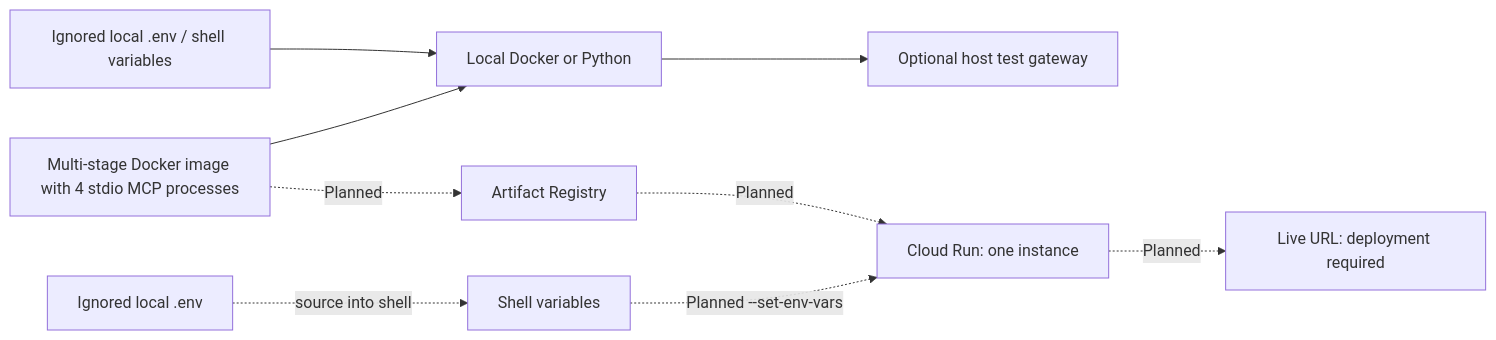
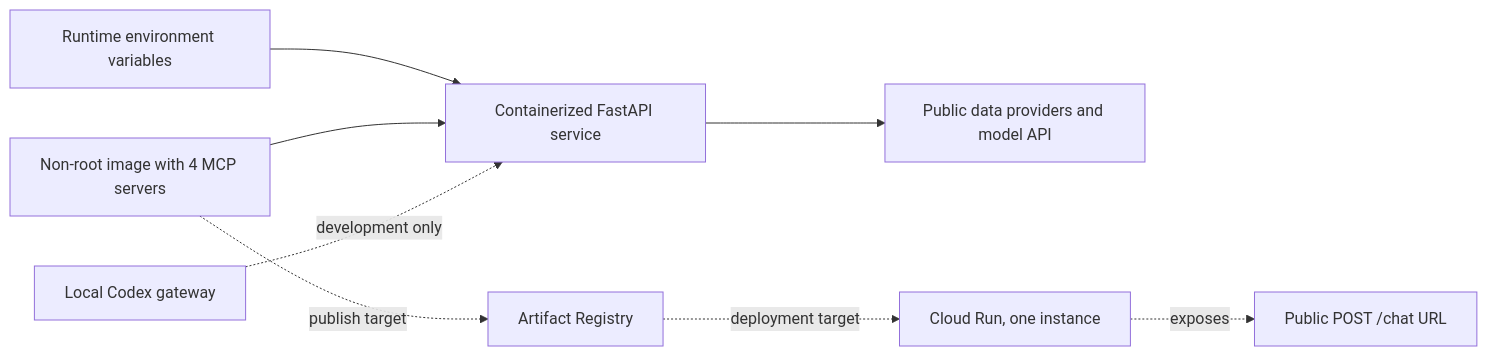
The third of 3 diagrams in README.md (waderylan/prediction-market-agent), drawn with Mermaid before and after one commit. The commit also changed other lines of this file and 14 other files, not shown here.

````diff
--- a/README.md
+++ b/README.md
@@ -354,11 +235,10 @@
 ```mermaid
 flowchart LR
-    ENV[Ignored local .env / shell variables] --> LOCAL[Local Docker or Python]
-    IMG[Multi-stage Docker image with 4 stdio MCP processes] --> LOCAL
-    LOCAL --> DEV[Optional host test gateway]
-    IMG -. Planned .-> AR[Artifact Registry]
-    AR -. Planned .-> CR[Cloud Run: one instance]
-    DOTENV[Ignored local .env] -. source into shell .-> SEC[Shell variables]
-    SEC -. Planned --set-env-vars .-> CR
-    CR -. Planned .-> URL[Live URL: deployment required]
+    ENV[Runtime environment variables] --> APP[Containerized FastAPI service]
+    IMG[Non-root image with 4 MCP servers] --> APP
+    APP --> EXT[Public data providers and model API]
+    IMG -. publish target .-> AR[Artifact Registry]
+    AR -. deployment target .-> CR[Cloud Run, one instance]
+    CR -. exposes .-> URL[Public POST /chat URL]
+    DEV[Local Codex gateway] -. development only .-> APP
 ```
````
